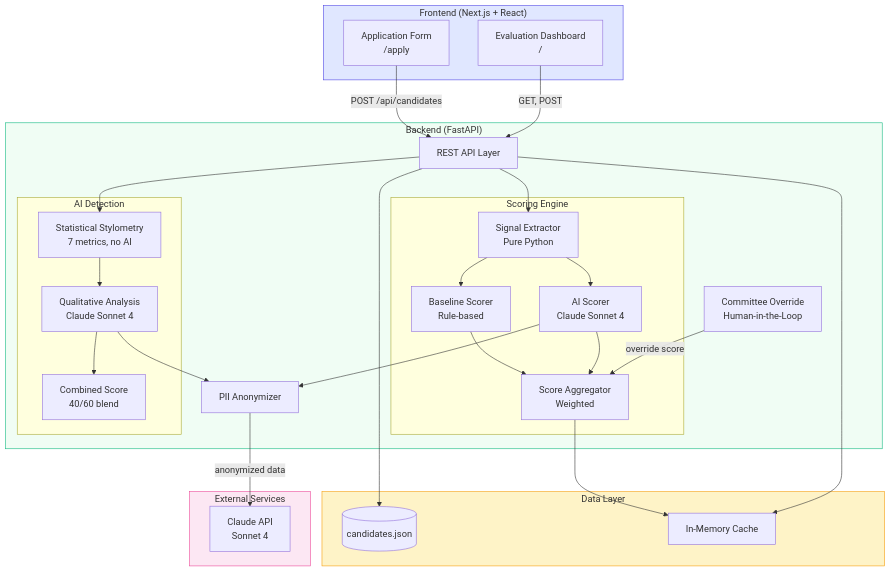
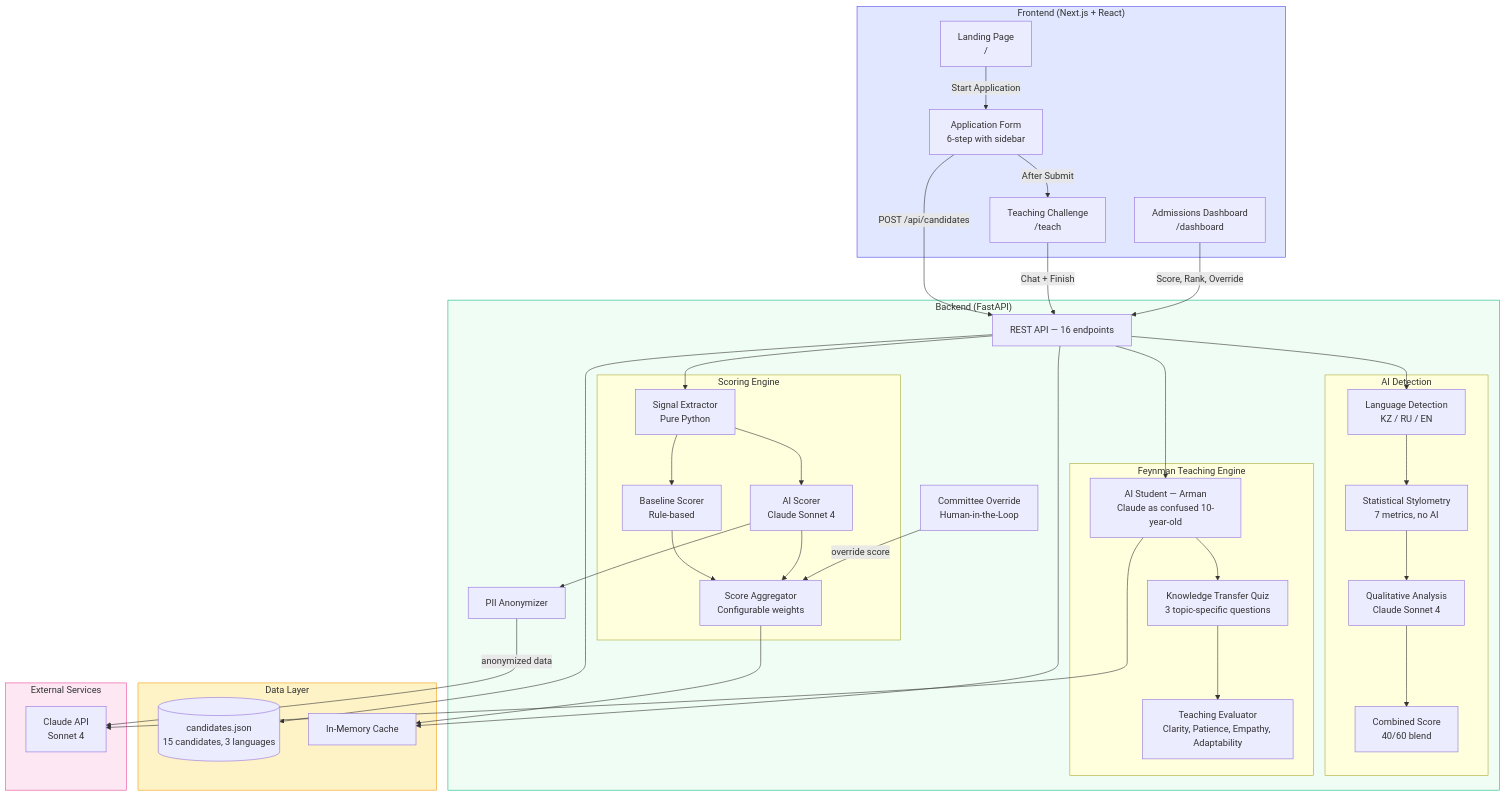
The first of 7 diagrams in docs/architecture.md (BAITC-Hacks/hack-22e92cd7-winchesters), drawn with Mermaid before and after one commit. The commit also changed other lines of this file and 2 other files, not shown here.

Commit message:
rewrite README and update architecture diagram

````diff
--- a/docs/architecture.md
+++ b/docs/architecture.md
@@ -5,56 +5,71 @@
 ```mermaid
 graph TB
     subgraph Frontend["Frontend (Next.js + React)"]
-        APP[Application Form<br/>/apply]
-        DASH[Evaluation Dashboard<br/>/]
+        LP[Landing Page<br/>/ ]
+        APP[Application Form<br/>6-step with sidebar]
+        TEACH[Teaching Challenge<br/>/teach]
+        DASH[Admissions Dashboard<br/>/dashboard]
     end
 
     subgraph Backend["Backend (FastAPI)"]
-        API[REST API Layer]
+        API[REST API — 16 endpoints]
         subgraph Scoring["Scoring Engine"]
             SE[Signal Extractor<br/>Pure Python]
             BL[Baseline Scorer<br/>Rule-based]
             AI[AI Scorer<br/>Claude Sonnet 4]
-            AGG[Score Aggregator<br/>Weighted]
+            AGG[Score Aggregator<br/>Configurable weights]
         end
         subgraph Detection["AI Detection"]
+            LANG[Language Detection<br/>KZ / RU / EN]
             STYL[Statistical Stylometry<br/>7 metrics, no AI]
             QUAL[Qualitative Analysis<br/>Claude Sonnet 4]
             COMB[Combined Score<br/>40/60 blend]
+        end
+        subgraph Feynman["Feynman Teaching Engine"]
+            CHAT[AI Student — Arman<br/>Claude as confused 10-year-old]
+            QUIZ[Knowledge Transfer Quiz<br/>3 topic-specific questions]
+            FEVAL[Teaching Evaluator<br/>Clarity, Patience, Empathy, Adaptability]
         end
         PII[PII Anonymizer]
         OVR[Committee Override<br/>Human-in-the-Loop]
     end
 
     subgraph Storage["Data Layer"]
-        DB[(candidates.json)]
+        DB[(candidates.json<br/>15 candidates, 3 languages)]
         CACHE[In-Memory Cache]
     end
 
     subgraph External["External Services"]
         CLAUDE[Claude API<br/>Sonnet 4]
     end
 
+    LP -->|Start Application| APP
     APP -->|POST /api/candidates| API
-    DASH -->|GET, POST| API
+    APP -->|After Submit| TEACH
+    TEACH -->|Chat + Finish| API
+    DASH -->|Score, Rank, Override| API
     API --> SE
     SE --> BL
     SE --> AI
     AI --> PII
     PII -->|anonymized data| CLAUDE
     BL --> AGG
     AI --> AGG
     AGG --> CACHE
-    API --> STYL
+    API --> LANG
+    LANG --> STYL
     STYL --> QUAL
-    QUAL --> PII
     QUAL --> COMB
+    API --> CHAT
+    CHAT --> CLAUDE
+    CHAT --> QUIZ
+    QUIZ --> FEVAL
     OVR -->|override score| AGG
     API --> DB
     API --> CACHE
 
     style Frontend fill:#e0e7ff,stroke:#4f46e5
     style Backend fill:#f0fdf4,stroke:#10b981
     style Storage fill:#fef3c7,stroke:#f59e0b
     style External fill:#fce7f3,stroke:#ec4899
 ```
````
